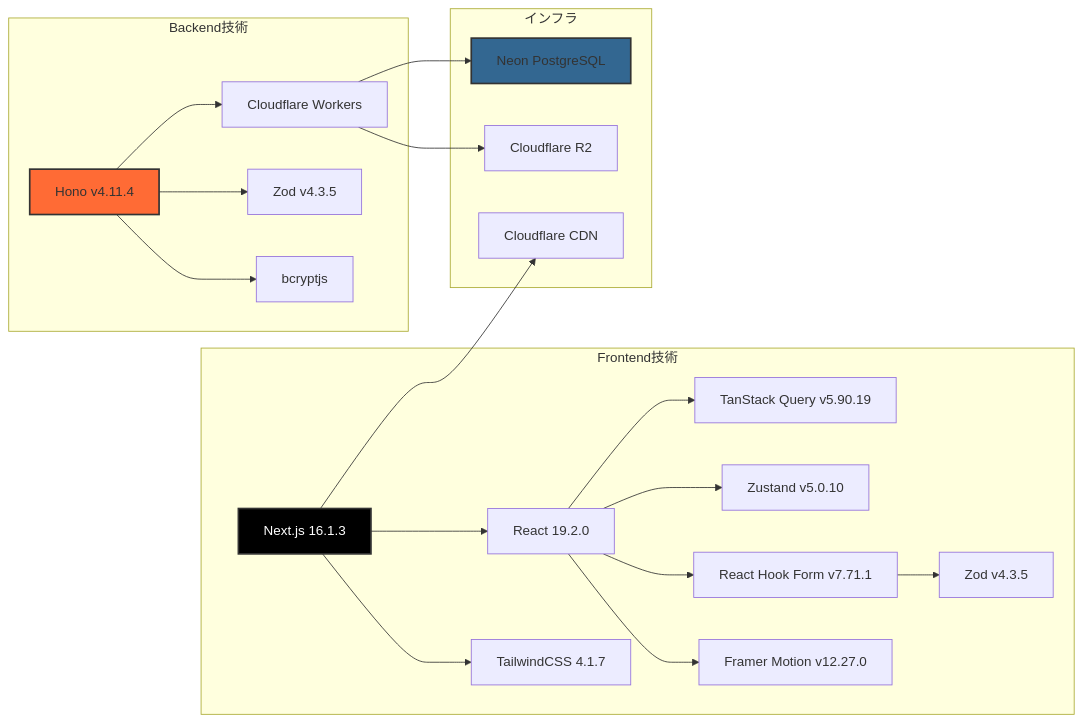
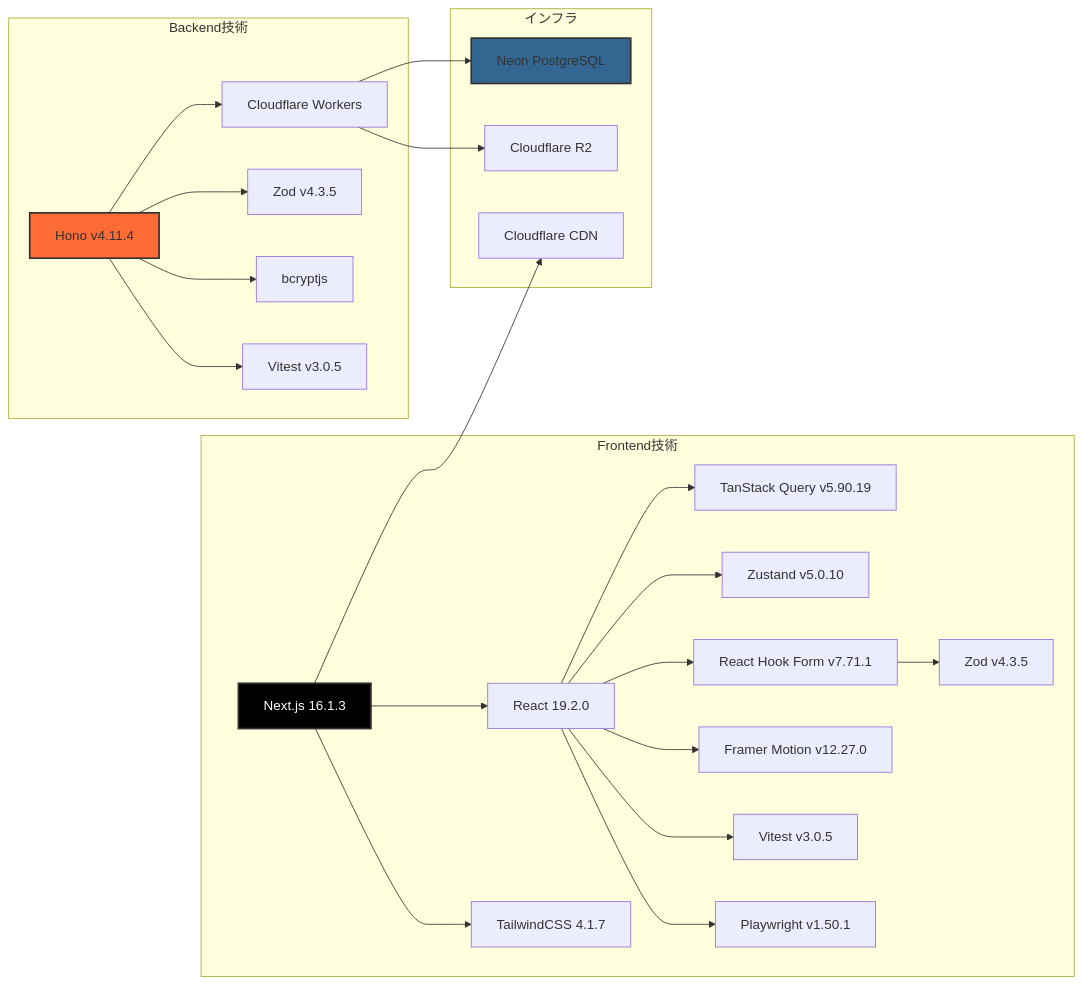
One commit to ProjectEuropa/Europa changed the fourth of 4 diagrams in README.md. Above: the diagram before and after it, drawn with Mermaid. The commit also changed other lines of this file and 8 other files, not shown here.

````diff
--- a/README.md
+++ b/README.md
@@ -161,46 +161,52 @@
 ```mermaid
 graph LR
     subgraph "Frontend技術"
         NextJS[Next.js 16.1.3]
         React[React 19.2.0]
         TailwindCSS[TailwindCSS 4.1.7]
         TanStack[TanStack Query v5.90.19]
         Zustand[Zustand v5.0.10]
         RHF[React Hook Form v7.71.1]
         ZodFE[Zod v4.3.5]
         Framer[Framer Motion v12.27.0]
+        VitestFE[Vitest v3.0.5]
+        PlaywrightFE[Playwright v1.50.1]
     end
 
     subgraph "Backend技術"
         Hono[Hono v4.11.4]
         Workers[Cloudflare Workers]
         Zod[Zod v4.3.5]
         Bcrypt[bcryptjs]
+        VitestBE[Vitest v3.0.5]
     end
 
     subgraph "インフラ"
         Neon[Neon PostgreSQL]
         R2[Cloudflare R2]
         CF[Cloudflare CDN]
     end
 
     NextJS --> React
     NextJS --> TailwindCSS
     React --> TanStack
     React --> Zustand
     React --> RHF
+    React --> VitestFE
+    React --> PlaywrightFE
     RHF --> ZodFE
     React --> Framer
 
     Hono --> Workers
     Hono --> Zod
     Hono --> Bcrypt
+    Hono --> VitestBE
 
     Workers --> Neon
     Workers --> R2
     NextJS --> CF
 
     style NextJS fill:#000,color:#fff,stroke:#333,stroke-width:2px
     style Hono fill:#ff6b35,stroke:#333,stroke-width:2px
     style Neon fill:#336791,stroke:#333,stroke-width:2px
 ```
````
